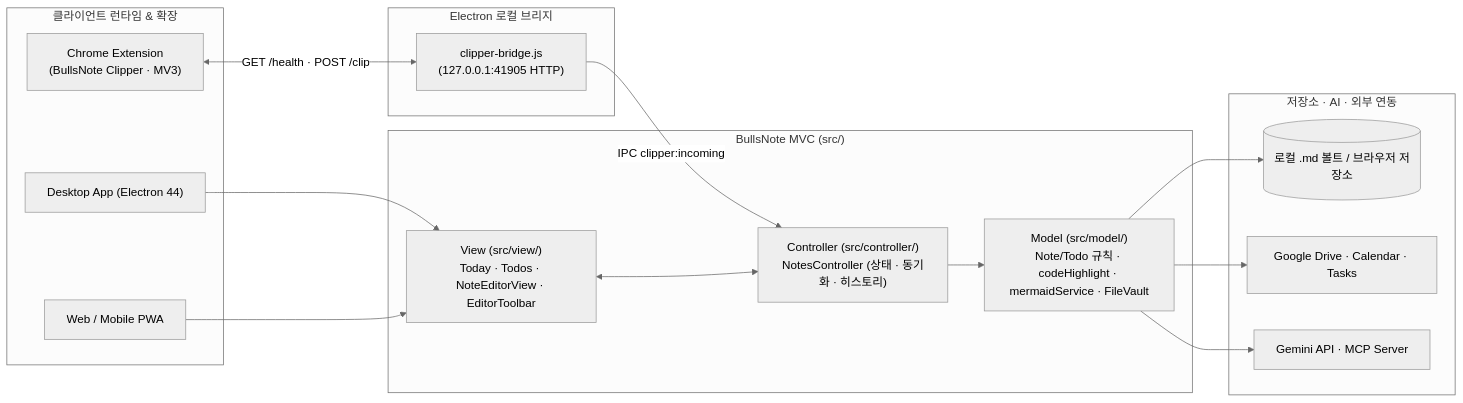
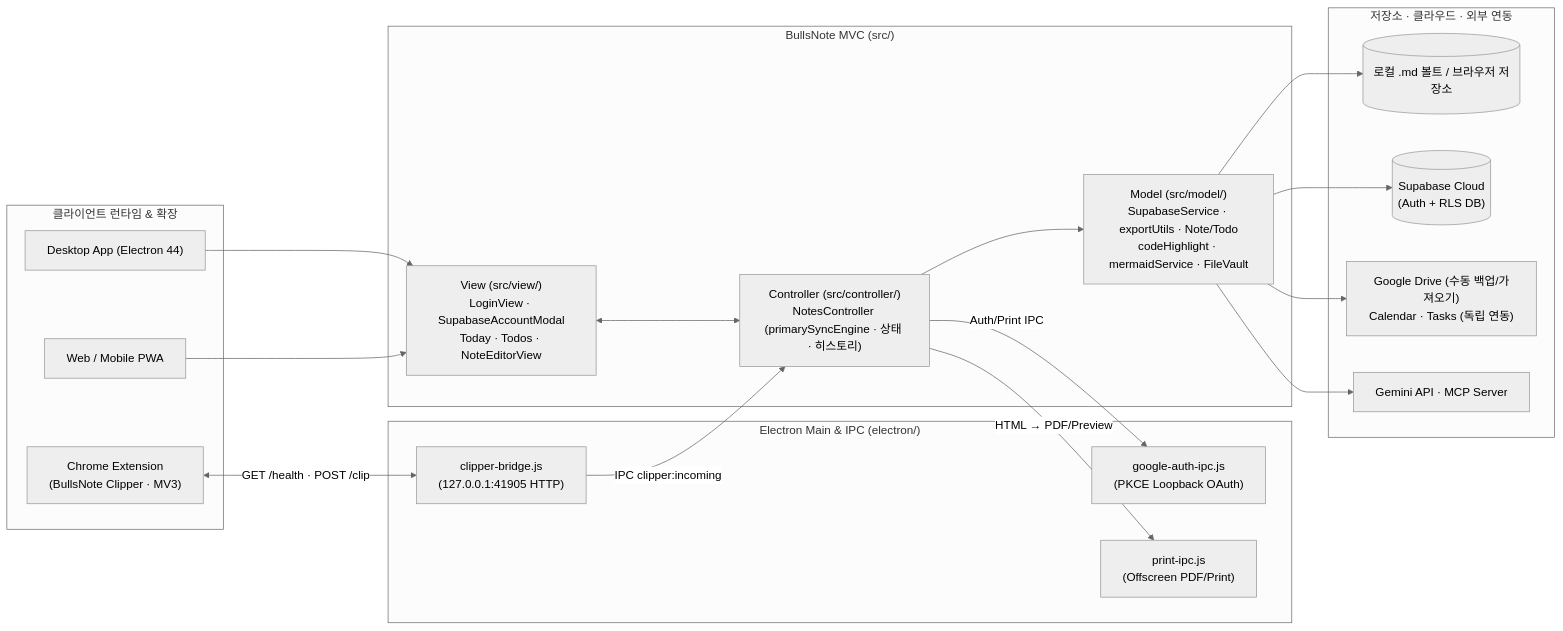
One commit to bullseye73/bullsNote changed the diagram in README.md. Above: the diagram before and after it, drawn with Mermaid (neutral theme). The commit also changed other lines of this file and 17 other files, not shown here.

Commit message:
feat: Supabase 인증·단일 클라우드 동기화 통합, 모바일 로그인 UX 개편 및 Google Drive 수동 백업 분리

````diff
--- a/README.md
+++ b/README.md
@@ -296,34 +300,40 @@
 ```mermaid
 flowchart LR
     subgraph Runtime["클라이언트 런타임 & 확장"]
         Desktop["Desktop App (Electron 44)"]
         PWA["Web / Mobile PWA"]
         Clipper["Chrome Extension\n(BullsNote Clipper · MV3)"]
     end
 
-    subgraph BridgeLayer["Electron 로컬 브리지"]
+    subgraph ElectronIPC["Electron Main & IPC (electron/)"]
         Bridge["clipper-bridge.js\n(127.0.0.1:41905 HTTP)"]
+        AuthIPC["google-auth-ipc.js\n(PKCE Loopback OAuth)"]
+        PrintIPC["print-ipc.js\n(Offscreen PDF/Print)"]
     end
 
     subgraph App["BullsNote MVC (src/)"]
-        View["View (src/view/)\nToday · Todos · NoteEditorView · EditorToolbar"]
-        Ctrl["Controller (src/controller/)\nNotesController (상태 · 동기화 · 히스토리)"]
-        Model["Model (src/model/)\nNote/Todo 규칙 · codeHighlight · mermaidService · FileVault"]
+        View["View (src/view/)\nLoginView · SupabaseAccountModal\nToday · Todos · NoteEditorView"]
+        Ctrl["Controller (src/controller/)\nNotesController (primarySyncEngine · 상태 · 히스토리)"]
+        Model["Model (src/model/)\nSupabaseService · exportUtils · Note/Todo\ncodeHighlight · mermaidService · FileVault"]
     end
 
-    subgraph Ext["저장소 · AI · 외부 연동"]
+    subgraph Ext["저장소 · 클라우드 · 외부 연동"]
         Vault[("로컬 .md 볼트 / 브라우저 저장소")]
-        Drive["Google Drive · Calendar · Tasks"]
+        Supabase[("Supabase Cloud\n(Auth + RLS DB)")]
+        Google["Google Drive (수동 백업/가져오기)\nCalendar · Tasks (독립 연동)"]
         AI["Gemini API · MCP Server"]
     end
 
     Desktop --> View
     PWA --> View
     Clipper <-->|GET /health · POST /clip| Bridge
     Bridge -->|IPC clipper:incoming| Ctrl
     View <--> Ctrl
     Ctrl --> Model
+    Ctrl -->|Auth/Print IPC| AuthIPC
+    Ctrl -->|HTML → PDF/Preview| PrintIPC
     Model --> Vault
-    Model --> Drive
+    Model --> Supabase
+    Model --> Google
     Model --> AI
 ```
````
